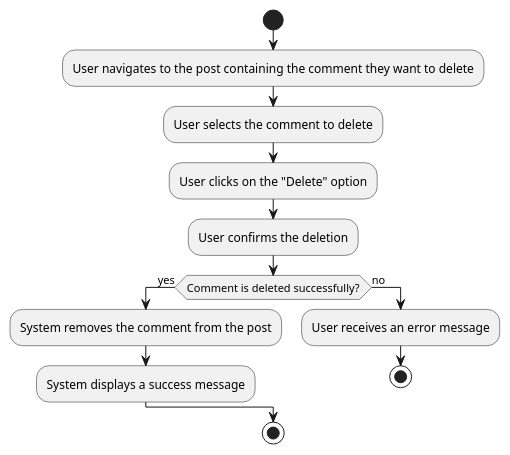
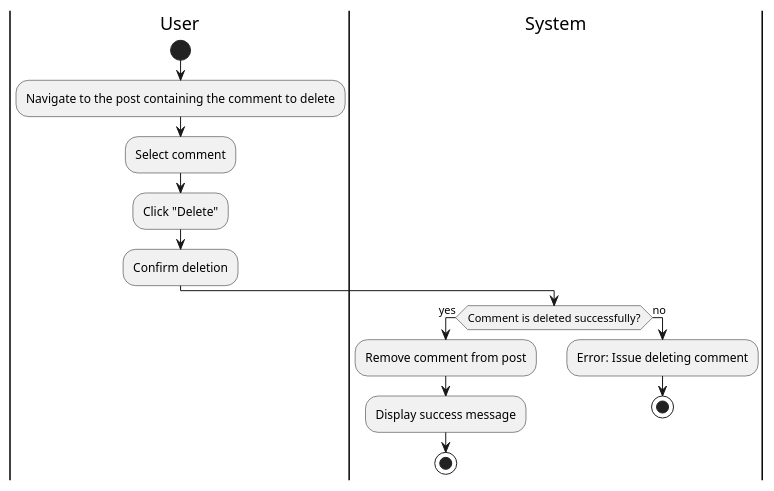
One commit to tungbeo0221/Forked-crosscodex.github.io changed diagram 15 of 22 in docs/checkpoint_1/use_cases.md. Above: the diagram before and after it, drawn with PlantUML. The commit also changed other lines of this file and 39 other files, not shown here.

````diff
--- a/docs/checkpoint_1/use_cases.md
+++ b/docs/checkpoint_1/use_cases.md
@@ -412,17 +489,20 @@
 ```plantuml
 @startuml
+|User|
 start
-:User navigates to the post containing the comment they want to delete;
-:User selects the comment to delete;
-:User clicks on the "Delete" option;
-:User confirms the deletion;
+:Navigate to the post containing the comment to delete;
+:Select comment;
+:Click "Delete";
+:Confirm deletion;
+|System|
 if (Comment is deleted successfully?) then (yes)
-  :System removes the comment from the post;
-  :System displays a success message;
+  :Remove comment from post;
+  :Display success message;
+  stop
 else (no)
-  :User receives an error message;
+  :Error: Issue deleting comment;
   stop
 endif
-stop
 @enduml
+
 ```
````
